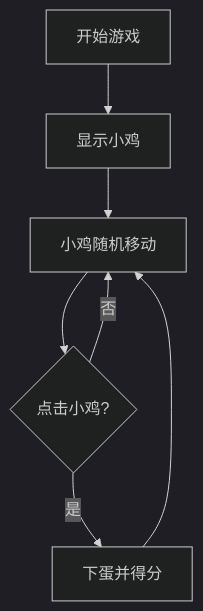
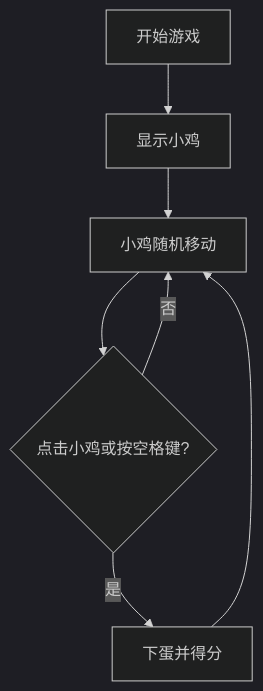
One commit to imbasiyuan/happychiken changed the diagram in .ai/prd/happy-chicken-game-prd.md. Above: the diagram before and after it, drawn with Mermaid (dark theme). The commit also changed other lines of this file and 4 other files, not shown here.

````diff
--- a/.ai/prd/happy-chicken-game-prd.md
+++ b/.ai/prd/happy-chicken-game-prd.md
@@ -54,9 +55,9 @@
 ```mermaid
 graph TD
     A[开始游戏] --> B[显示小鸡]
     B --> C[小鸡随机移动]
-    C --> D{点击小鸡?}
+    C --> D{点击小鸡或按空格键?}
     D -->|是| E[下蛋并得分]
     E --> C
     D -->|否| C
 ```
````
